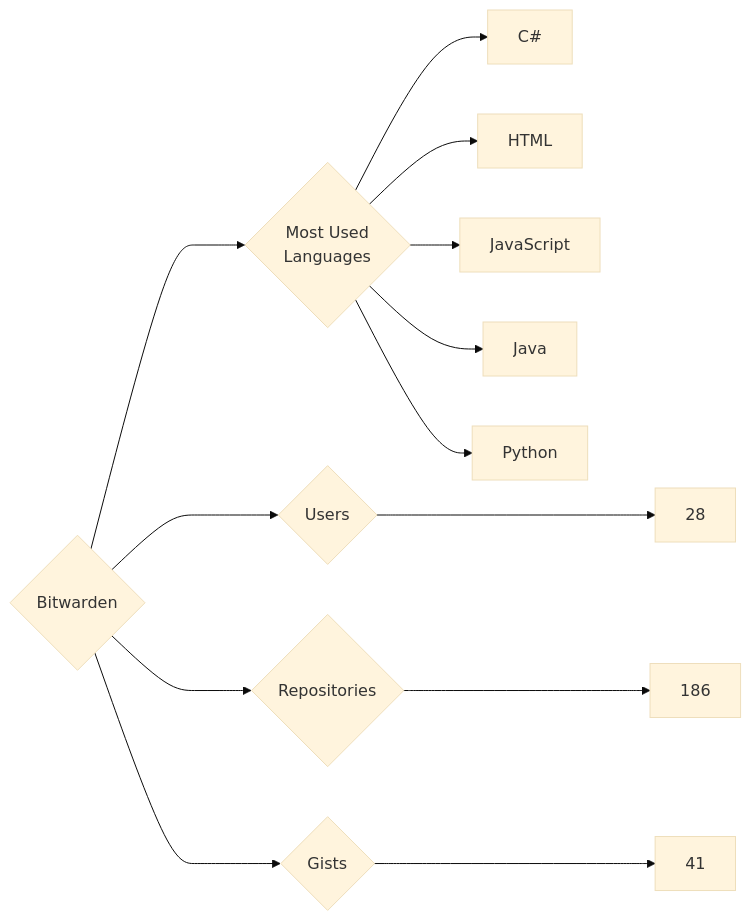
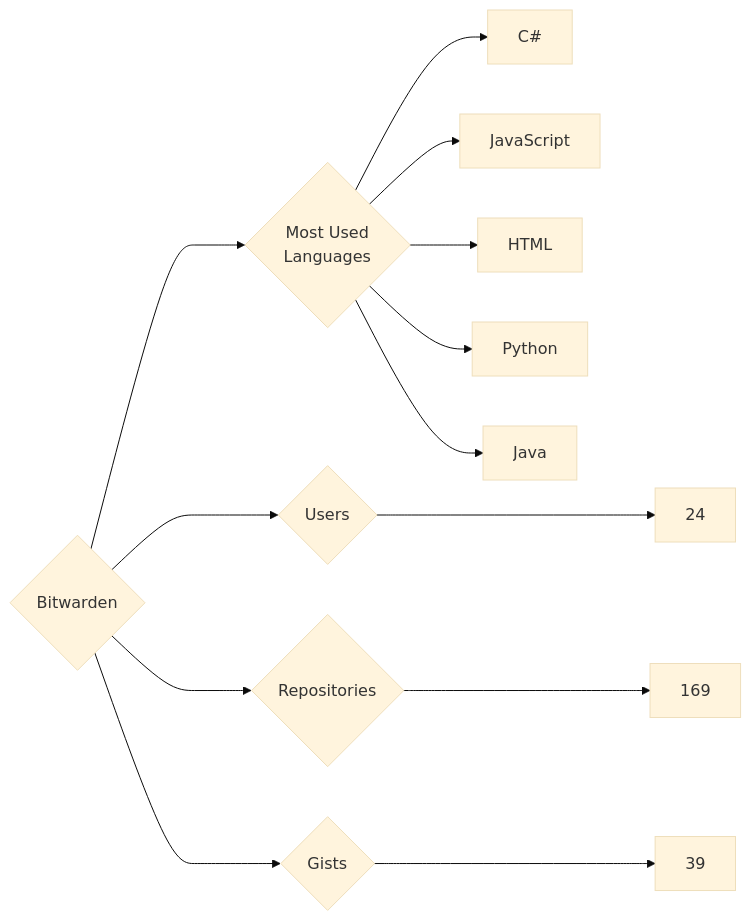
Before and after one commit to trickest/insiders: the diagram in targets/Bitwarden/README.md, drawn with Mermaid (base theme). The commit also changed 932 other files, not shown here.

````diff
--- a/targets/Bitwarden/README.md
+++ b/targets/Bitwarden/README.md
@@ -3,13 +3,13 @@
 ```mermaid
 graph LR
 COMPANY_NAME{Bitwarden}
-COMPANY_NAME ---> U{Users} ---> UN[28]
-COMPANY_NAME ---> R{Repositories} ---> RN[186]
-COMPANY_NAME ---> G{Gists} ---> GN[41]
+COMPANY_NAME ---> U{Users} ---> UN[24]
+COMPANY_NAME ---> R{Repositories} ---> RN[169]
+COMPANY_NAME ---> G{Gists} ---> GN[39]
 COMPANY_NAME ---> ML{Most Used<br>Languages}
 ML --> C#[C#]
+ML --> JavaScript[JavaScript]
 ML --> HTML[HTML]
-ML --> JavaScript[JavaScript]
+ML --> Python[Python]
 ML --> Java[Java]
-ML --> Python[Python]
 ```
````
